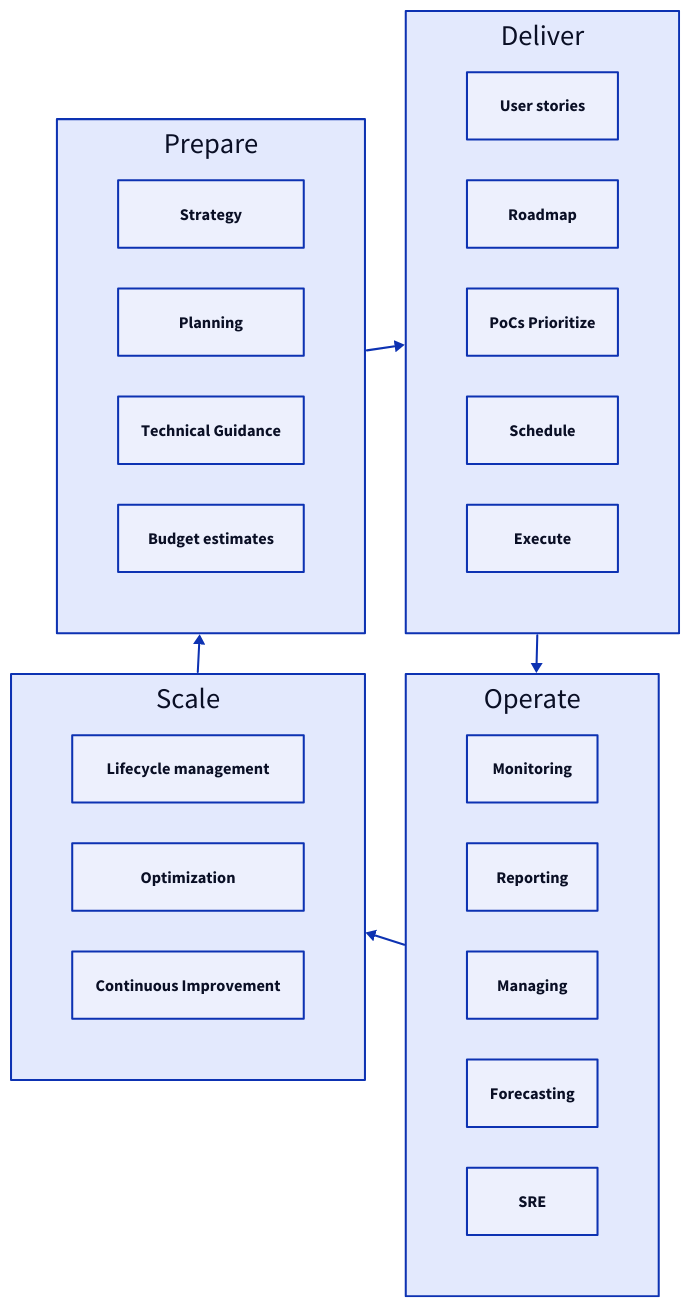
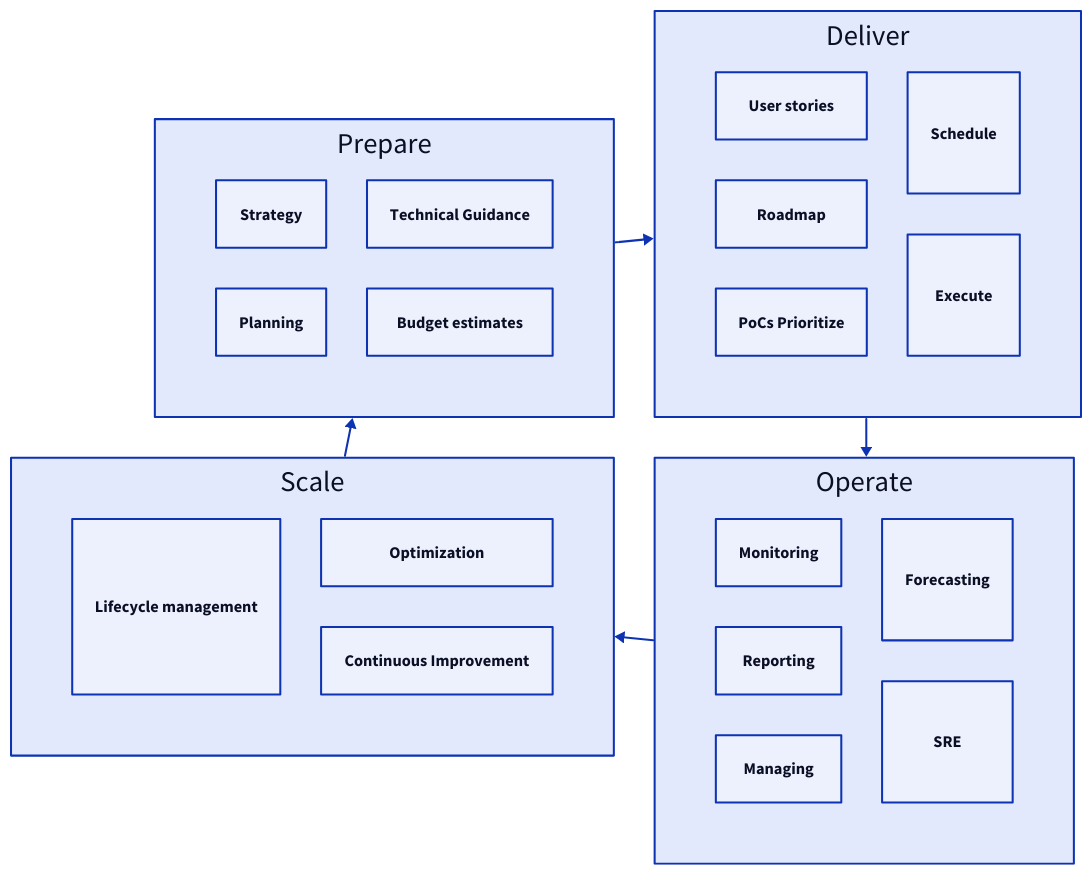
One commit to pointcloudsw/wce changed the second of 2 diagrams in certs/certdocs-main/src/content/docs/en/resources/research/CCoEs.mdx. Above: the diagram before and after it, drawn with D2. The commit also changed other lines of this file and 5 other files, not shown here.

````diff
--- a/certs/certdocs-main/src/content/docs/en/resources/research/CCoEs.mdx
+++ b/certs/certdocs-main/src/content/docs/en/resources/research/CCoEs.mdx
@@ -117,37 +74,37 @@
 ```d2
 direction: right
 Prepare: {
     near: top-left
-    grid-rows: 4
+    grid-columns: 2
     Strategy
     Planning
     Technical Guidance
     Budget estimates
 }
 Deliver: {
     near: top-right
-    grid-rows: 5
+    grid-columns: 2
     User stories
     Roadmap
     PoCs Prioritize
     Schedule
     Execute
 }
 Operate: {
     near: bottom-right
-    grid-rows: 5
+    grid-columns: 2
     Monitoring
     Reporting
     Managing
     Forecasting
     SRE
 }
 Scale: {
     near: bottom-left
-    grid-rows: 3
+    grid-columns: 2
     Lifecycle management
     Optimization
     Continuous Improvement
 }
 Prepare -> Deliver -> Operate -> Scale -> Prepare
 ```
````
